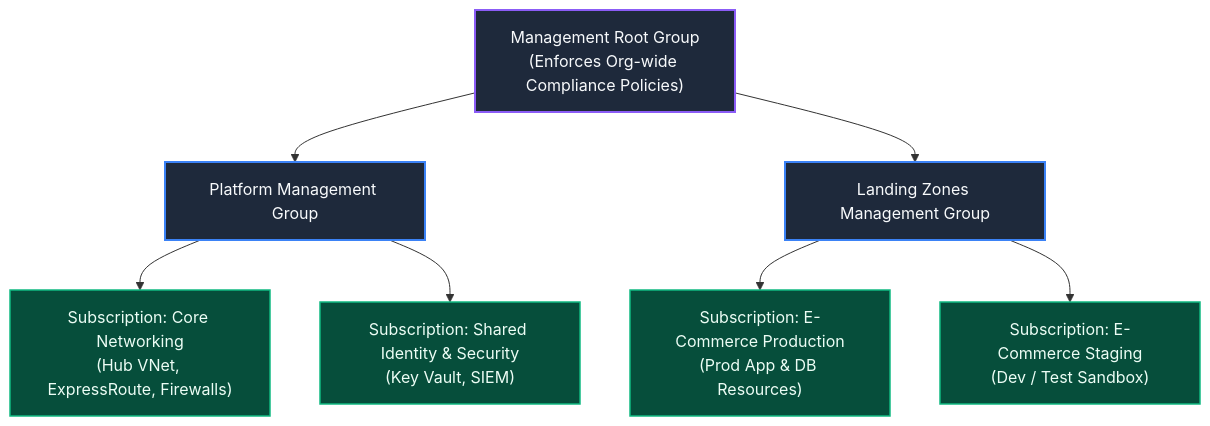
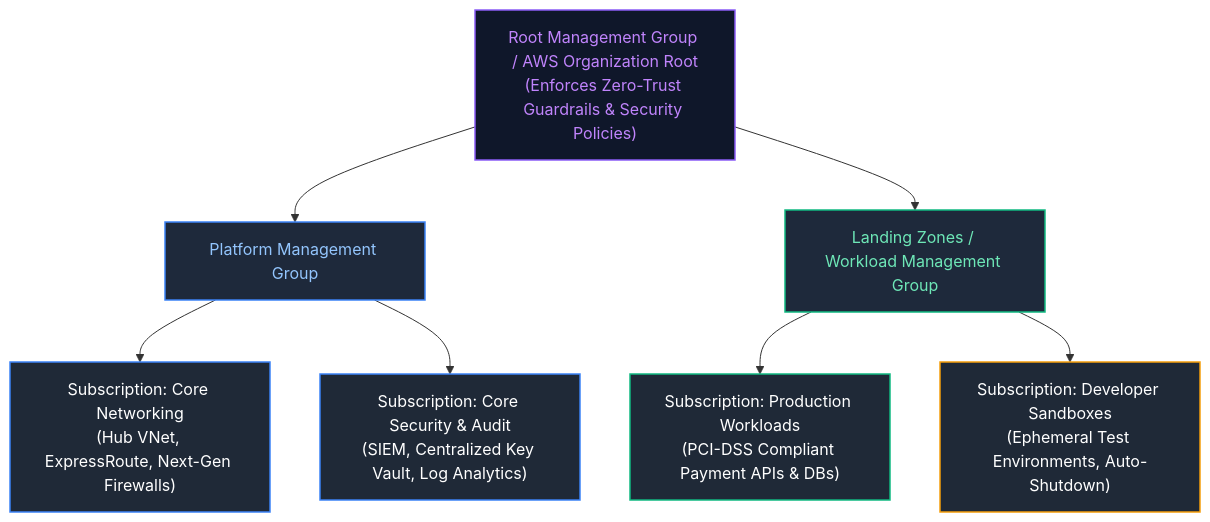
Before and after one commit to joydeep-biswas/Interview-Preparation: the eighth of 10 diagrams in Cloud Engineering/03_cloud_fundamentals_and_architecture.md, drawn with Mermaid. The commit also changed other lines of this file and 143 other files, not shown here.

````diff
--- a/Cloud Engineering/03_cloud_fundamentals_and_architecture.md
+++ b/Cloud Engineering/03_cloud_fundamentals_and_architecture.md
@@ -233,29 +397,27 @@
 ```mermaid
 flowchart TD
-    Root["Management Root Group<br/>(Enforces Org-wide Compliance Policies)"]
-    Plat["Platform Management Group"]
-    LZ["Landing Zones Management Group"]
+    Root["Root Management Group / AWS Organization Root<br/>(Enforces Zero-Trust Guardrails & Security Policies)"]
+    Platform["Platform Management Group"]
+    LandingZones["Landing Zones / Workload Management Group"]
 
-    SubNet["Subscription: Core Networking<br/>(Hub VNet, ExpressRoute, Firewalls)"]
-    SubId["Subscription: Shared Identity & Security<br/>(Key Vault, SIEM)"]
+    SubNet["Subscription: Core Networking<br/>(Hub VNet, ExpressRoute, Next-Gen Firewalls)"]
+    SubSec["Subscription: Core Security & Audit<br/>(SIEM, Centralized Key Vault, Log Analytics)"]
 
-    SubProd["Subscription: E-Commerce Production<br/>(Prod App & DB Resources)"]
-    SubStage["Subscription: E-Commerce Staging<br/>(Dev / Test Sandbox)"]
+    SubProd["Subscription: Production Workloads<br/>(PCI-DSS Compliant Payment APIs & DBs)"]
+    SubDev["Subscription: Developer Sandboxes<br/>(Ephemeral Test Environments, Auto-Shutdown)"]
 
-    Root --> Plat
-    Root --> LZ
+    Root --> Platform
+    Root --> LandingZones
+    Platform --> SubNet
+    Platform --> SubSec
+    LandingZones --> SubProd
+    LandingZones --> SubDev
 
-    Plat --> SubNet
-    Plat --> SubId
-
-    LZ --> SubProd
-    LZ --> SubStage
-
-    classDef rootNode fill:#1e293b,stroke:#8b5cf6,stroke-width:2px,color:#f8fafc;
-    classDef mg fill:#1e293b,stroke:#3b82f6,stroke-width:2px,color:#f8fafc;
-    classDef sub fill:#064e3b,stroke:#10b981,stroke-width:1.5px,color:#ecfdf5;
-
-    class Root rootNode;
-    class Plat,LZ mg;
-    class SubNet,SubId,SubProd,SubStage sub;
+    style Root fill:#0f172a,stroke:#8b5cf6,stroke-width:1.5px,color:#c084fc
+    style Platform fill:#1e293b,stroke:#3b82f6,stroke-width:1.5px,color:#93c5fd
+    style LandingZones fill:#1e293b,stroke:#10b981,stroke-width:1.5px,color:#6ee7b7
+    style SubNet fill:#1f2937,stroke:#3b82f6,stroke-width:1.5px,color:#fff
+    style SubSec fill:#1f2937,stroke:#3b82f6,stroke-width:1.5px,color:#fff
+    style SubProd fill:#1f2937,stroke:#10b981,stroke-width:1.5px,color:#fff
+    style SubDev fill:#1f2937,stroke:#f59e0b,stroke-width:1.5px,color:#fff
 ```
````
